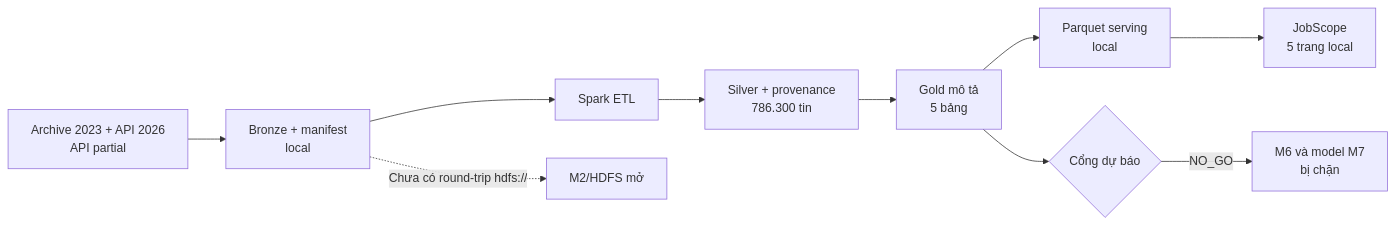
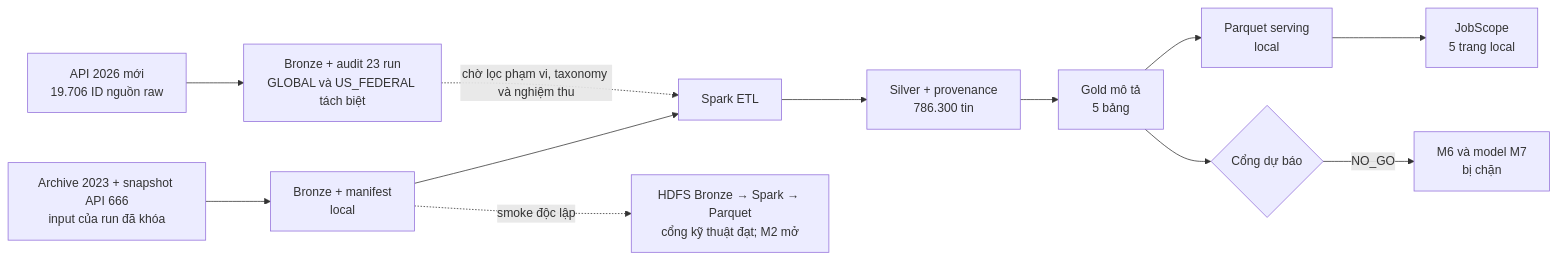
The diagram in README.md (klongnguyen/BigData-IT-Job-Skill-Analytics), drawn with Mermaid before and after one commit. The commit also changed other lines of this file and 18 other files, not shown here.

````diff
--- a/README.md
+++ b/README.md
@@ -13,12 +13,14 @@
 ```mermaid
 flowchart LR
-    A["Archive 2023 + API 2026<br/>API partial"] --> B["Bronze + manifest<br/>local"]
+    A["Archive 2023 + snapshot API 666<br/>input của run đã khóa"] --> B["Bronze + manifest<br/>local"]
     B --> C["Spark ETL"]
     C --> D["Silver + provenance<br/>786.300 tin"]
     D --> E["Gold mô tả<br/>5 bảng"]
     E --> F["Parquet serving<br/>local"]
     F --> G["JobScope<br/>5 trang local"]
     E --> H{"Cổng dự báo"}
     H -->|NO_GO| I["M6 và model M7<br/>bị chặn"]
-    B -. "Chưa có round-trip hdfs://" .-> J["M2/HDFS mở"]
+    B -. "smoke độc lập" .-> J["HDFS Bronze → Spark → Parquet<br/>cổng kỹ thuật đạt; M2 mở"]
+    K["API 2026 mới<br/>19.706 ID nguồn raw"] --> L["Bronze + audit 23 run<br/>GLOBAL và US_FEDERAL tách biệt"]
+    L -. "chờ lọc phạm vi, taxonomy và nghiệm thu" .-> C
 ```
````
